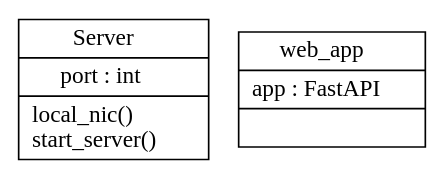
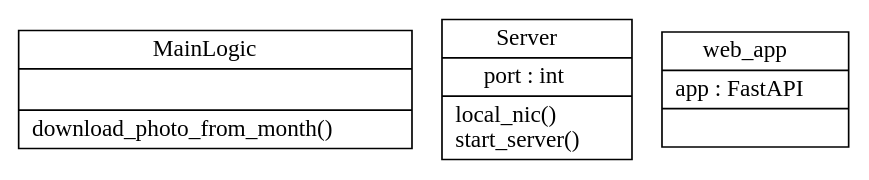
One commit to Jelloeater/porch_light changed the diagram in docs/classes.dot. Above: the diagram before and after it, drawn with Graphviz. The commit also changed 5 other files, not shown here.

Commit message:
Started on month download

```diff
--- a/docs/classes.dot
+++ b/docs/classes.dot
@@ -1,6 +1,7 @@
 digraph "classes" {
 rankdir=BT
 charset="utf-8"
+"pl_worker.porch_light.MainLogic" [color="black", fontcolor="black", label=<{MainLogic|<br ALIGN="LEFT"/>|download_photo_from_month()<br ALIGN="LEFT"/>}>, shape="record", style="solid"];
 "pl_worker.webserver.Server" [color="black", fontcolor="black", label=<{Server|port : int<br ALIGN="LEFT"/>|local_nic()<br ALIGN="LEFT"/>start_server()<br ALIGN="LEFT"/>}>, shape="record", style="solid"];
 "pl_worker.webserver.web_app" [color="black", fontcolor="black", label=<{web_app|app : FastAPI<br ALIGN="LEFT"/>|}>, shape="record", style="solid"];
 }
```
